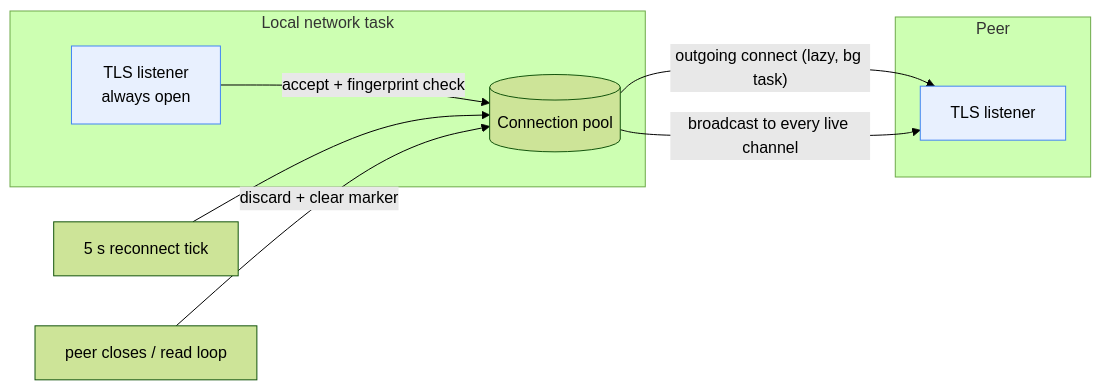
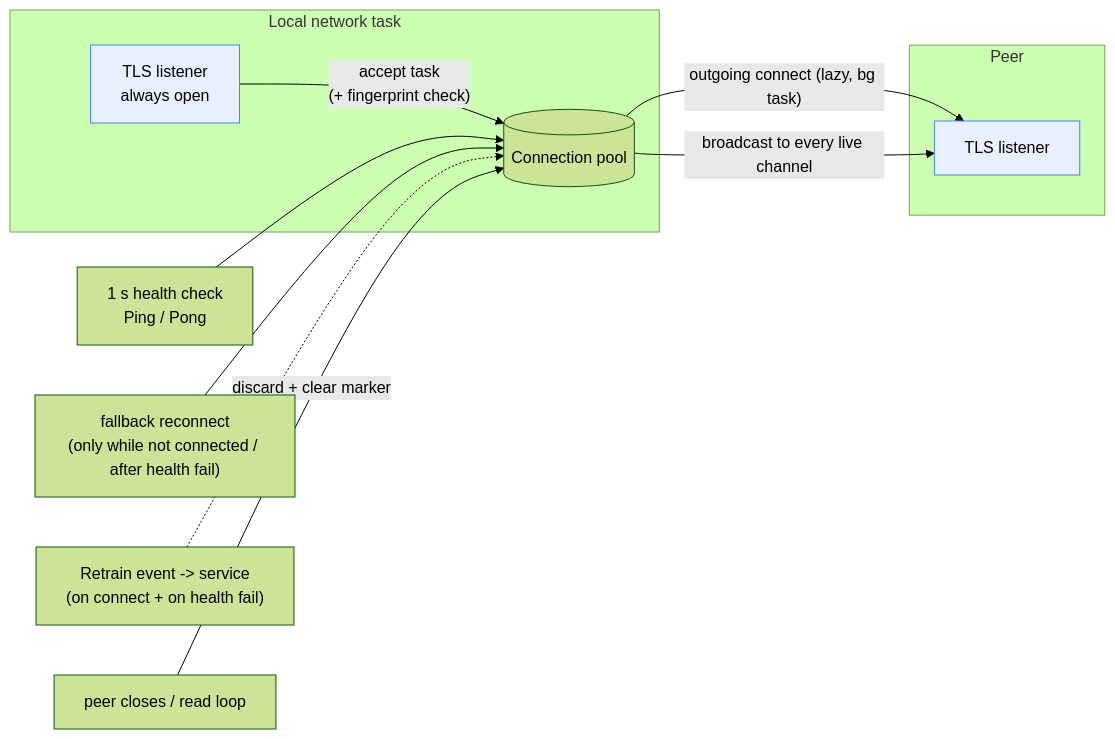
One commit to zakyhassani/lan-mouse-clipboard changed the seventh of 10 diagrams in CLIPBOARD.md. Above: the diagram before and after it, drawn with Mermaid (forest theme). The commit also changed other lines of this file and 7 other files, not shown here.

First line of the commit message:
feat: clipboard health check, IP retrain, single peer channel

````diff
--- a/CLIPBOARD.md
+++ b/CLIPBOARD.md
@@ -275,20 +288,22 @@
 ```mermaid
 flowchart LR
     subgraph Local["Local network task"]
         LST["TLS listener<br/>always open"]
         LPOOL[("Connection pool")]
     end
     subgraph Peer["Peer"]
         PST["TLS listener"]
     end
 
-    LST -->|accept + fingerprint check| LPOOL
+    LST -->|"accept task<br/>(+ fingerprint check)"| LPOOL
     LPOOL -->|"outgoing connect (lazy, bg task)"| PST
 
-    RCL["5 s reconnect tick"] --> LPOOL
+    HC["1 s health check<br/>Ping / Pong"] --> LPOOL
+    RCL["fallback reconnect<br/>(only while not connected / after health fail)"] --> LPOOL
+    RET["Retrain event -> service<br/>(on connect + on health fail)"] -.-> LPOOL
     LPOOL -->|broadcast to every live channel| PST
     PCL["peer closes / read loop"] -->|discard + clear marker| LPOOL
 
     style LST fill:#e8f0fe,stroke:#4285f4
     style PST fill:#e8f0fe,stroke:#4285f4
 ```
````
